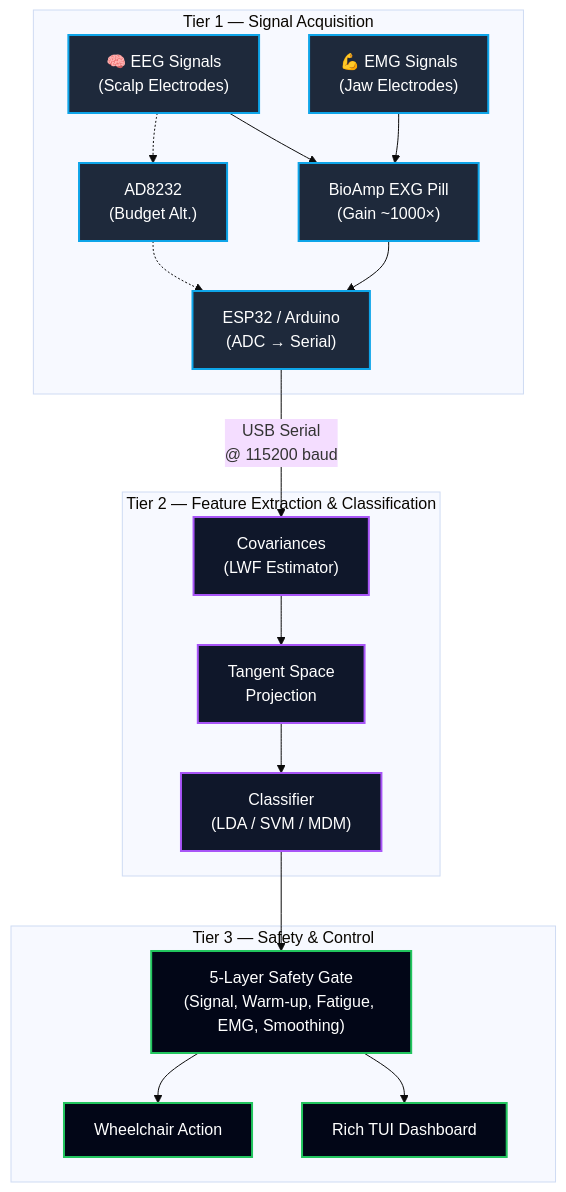
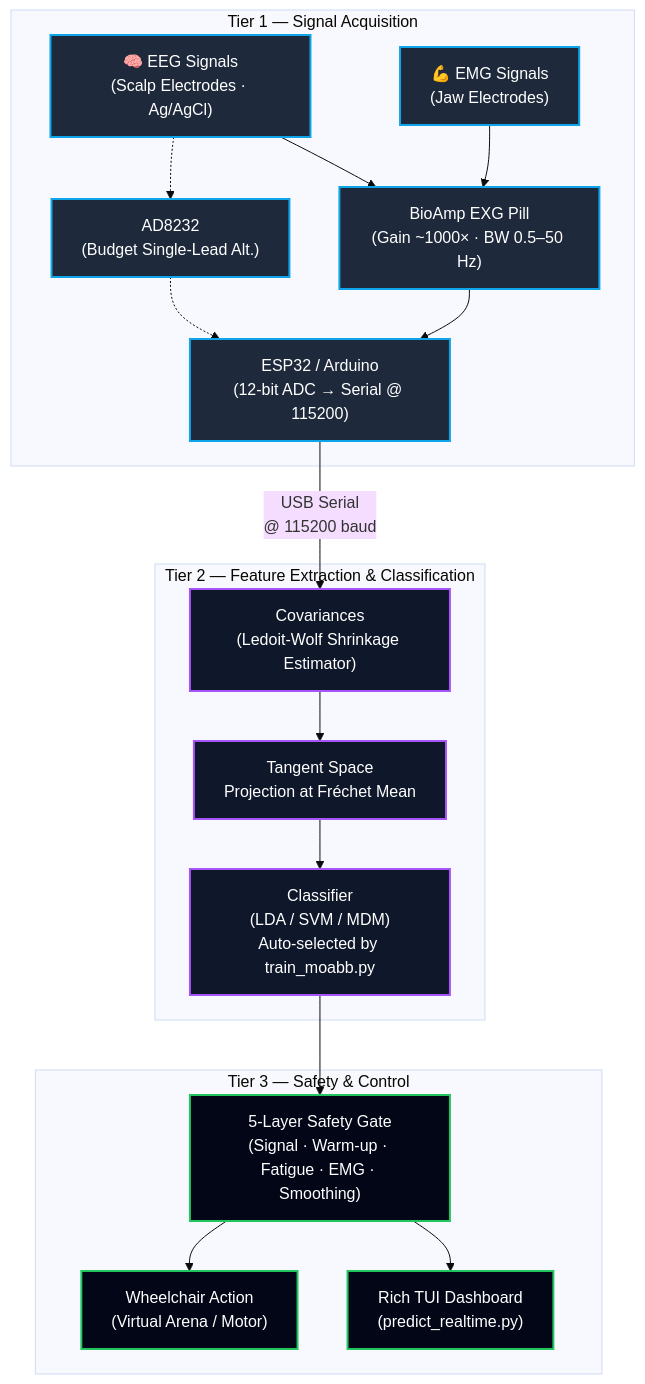
Before and after one commit to NAVEENKCG/Mind_Wave_AImodel: the first of 7 diagrams in visual_workflow.md, drawn with Mermaid (base theme). The commit also changed other lines of this file and 2 other files, not shown here.

Commit message:
docs: comprehensive update to README.md and visual_workflow.md — add architecture diagrams, file map, results, datasets, project structure, and full pipeline flowcharts

````diff
--- a/visual_workflow.md
+++ b/visual_workflow.md
@@ -9,44 +9,44 @@
 ```mermaid
 flowchart TD
     classDef tier1 fill:#1e293b,stroke:#0ea5e9,stroke-width:2px,color:#fff
     classDef tier2 fill:#0f172a,stroke:#a855f7,stroke-width:2px,color:#fff
     classDef tier3 fill:#020617,stroke:#22c55e,stroke-width:2px,color:#fff
     classDef safety fill:#4caf50,stroke:#333,stroke-width:2px,color:#fff
 
     subgraph TIER1["Tier 1 — Signal Acquisition"]
-        EEG["🧠 EEG Signals<br/>(Scalp Electrodes)"]
+        EEG["🧠 EEG Signals<br/>(Scalp Electrodes · Ag/AgCl)"]
         EMG["💪 EMG Signals<br/>(Jaw Electrodes)"]
-        BIO["BioAmp EXG Pill<br/>(Gain ~1000×)"]
-        AD["AD8232<br/>(Budget Alt.)"]
-        MCU["ESP32 / Arduino<br/>(ADC → Serial)"]
+        BIO["BioAmp EXG Pill<br/>(Gain ~1000× · BW 0.5–50 Hz)"]
+        AD["AD8232<br/>(Budget Single-Lead Alt.)"]
+        MCU["ESP32 / Arduino<br/>(12-bit ADC → Serial @ 115200)"]
 
         EEG --> BIO
         EMG --> BIO
         EEG -.-> AD
         BIO --> MCU
         AD -.-> MCU
     end
 
     subgraph TIER2["Tier 2 — Feature Extraction & Classification"]
-        COV["Covariances<br/>(LWF Estimator)"]
-        TS["Tangent Space<br/>Projection"]
-        CLASS["Classifier<br/>(LDA / SVM / MDM)"]
+        COV["Covariances<br/>(Ledoit-Wolf Shrinkage Estimator)"]
+        TS["Tangent Space<br/>Projection at Fréchet Mean"]
+        CLASS["Classifier<br/>(LDA / SVM / MDM)<br/>Auto-selected by train_moabb.py"]
         COV --> TS
         TS --> CLASS
     end
 
     subgraph TIER3["Tier 3 — Safety & Control"]
-        GATE["5-Layer Safety Gate<br/>(Signal, Warm-up, Fatigue, EMG, Smoothing)"]:::safety
-        TUI["Rich TUI Dashboard"]
-        CHAIR["Wheelchair Action"]
+        GATE["5-Layer Safety Gate<br/>(Signal · Warm-up · Fatigue · EMG · Smoothing)"]:::safety
+        TUI["Rich TUI Dashboard<br/>(predict_realtime.py)"]
+        CHAIR["Wheelchair Action<br/>(Virtual Arena / Motor)"]
         GATE --> TUI
         GATE --> CHAIR
     end
 
     MCU -->|"USB Serial<br/>@ 115200 baud"| COV
     CLASS --> GATE
 
     class EEG,EMG,BIO,AD,MCU tier1
     class COV,TS,CLASS tier2
     class GATE,TUI,CHAIR tier3
 ```
````
